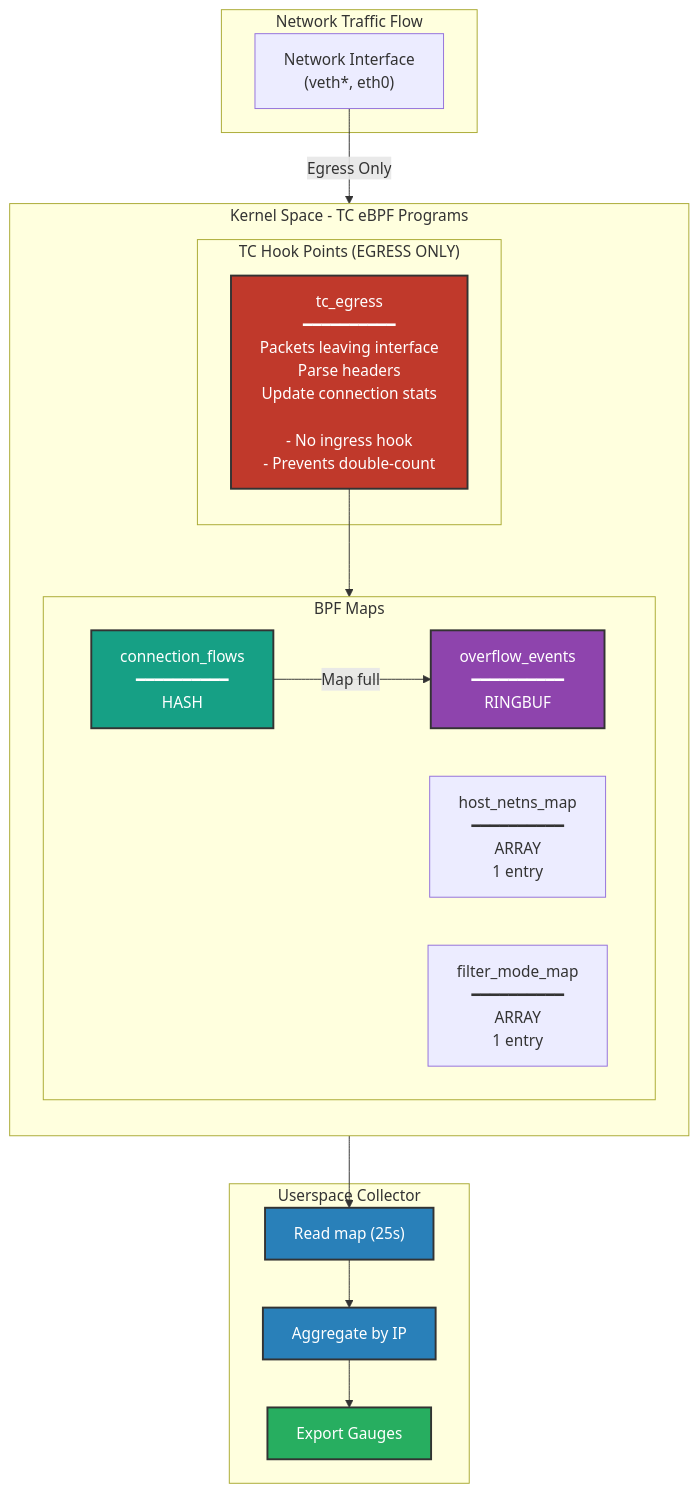
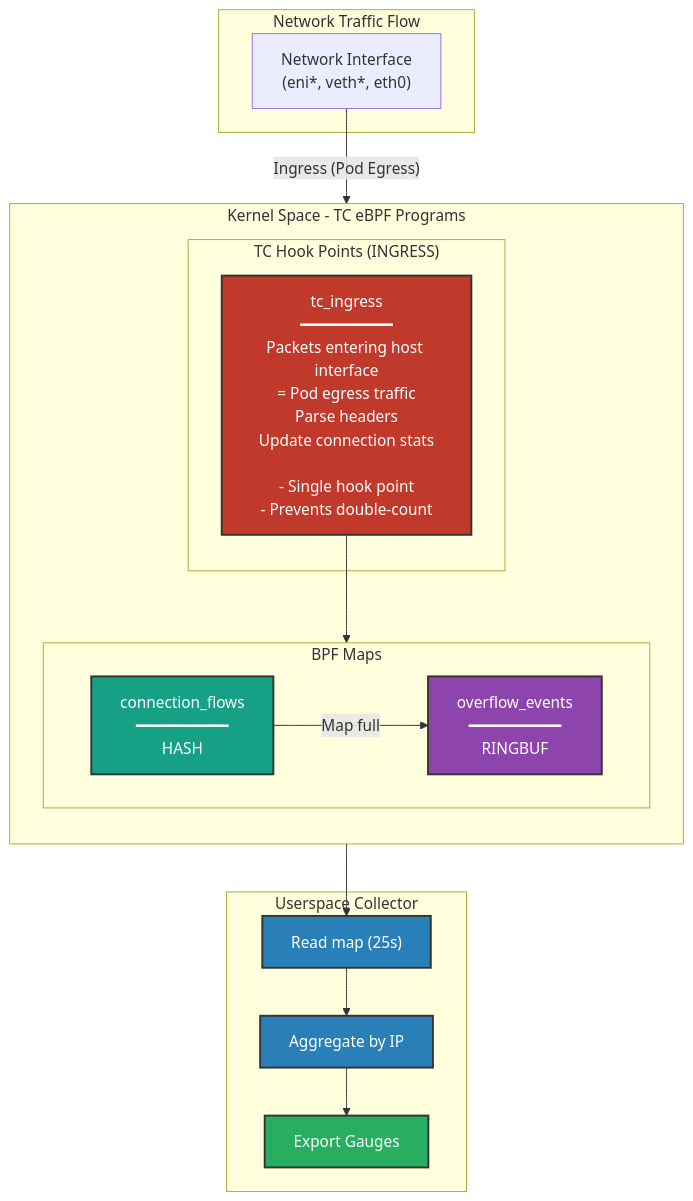
Before and after one commit to kubeadapt/kubeadapt-k8s-pulse: the second of 2 diagrams in docs/ARCHITECTURE.md, drawn with Mermaid. The commit also changed other lines of this file and 24 other files, not shown here.

First line of the commit message:
feat: remove netns filter mode (#17)

````diff
--- a/docs/ARCHITECTURE.md
+++ b/docs/ARCHITECTURE.md
@@ -53,48 +53,44 @@
 ```mermaid
 graph TB
     subgraph "Network Traffic Flow"
-        NET_IF["Network Interface<br/>(veth*, eth0)"]
+        NET_IF["Network Interface<br/>(eni*, veth*, eth0)"]
     end
 
     subgraph "Kernel Space - TC eBPF Programs"
         direction TB
 
-        subgraph "TC Hook Points (EGRESS ONLY)"
-            TC_OUT["tc_egress<br/>━━━━━━━━━━<br/>Packets leaving interface<br/>Parse headers<br/>Update connection stats<br/><br/>- No ingress hook<br/>- Prevents double-count"]
+        subgraph "TC Hook Points (INGRESS)"
+            TC_IN["tc_ingress<br/>━━━━━━━━━━<br/>Packets entering host interface<br/>= Pod egress traffic<br/>Parse headers<br/>Update connection stats<br/><br/>- Single hook point<br/>- Prevents double-count"]
         end
 
         subgraph "BPF Maps"
             direction LR
             CONN_MAP["connection_flows<br/>━━━━━━━━━━<br/>HASH"]
 
             OVERFLOW["overflow_events<br/>━━━━━━━━━━<br/>RINGBUF"]
-
-            NETNS["host_netns_map<br/>━━━━━━━━━━<br/>ARRAY<br/>1 entry"]
-
-            FILTER["filter_mode_map<br/>━━━━━━━━━━<br/>ARRAY<br/>1 entry"]
         end
     end
 
     subgraph "Userspace Collector"
         READ["Read map (25s)"]
         AGG["Aggregate by IP"]
         EXPORT["Export Gauges"]
     end
 
-    NET_IF -->|"Egress Only"| TC_OUT
+    NET_IF -->|"Ingress (Pod Egress)"| TC_IN
 
-    TC_OUT --> CONN_MAP
+    TC_IN --> CONN_MAP
 
     CONN_MAP -->|"Map full"| OVERFLOW
 
     CONN_MAP --> READ
     READ --> AGG
     AGG --> EXPORT
 
-    style TC_OUT fill:#c0392b,stroke:#333,stroke-width:2px,color:#fff
+    style TC_IN fill:#c0392b,stroke:#333,stroke-width:2px,color:#fff
     style CONN_MAP fill:#16a085,stroke:#333,stroke-width:2px,color:#fff
     style OVERFLOW fill:#8e44ad,stroke:#333,stroke-width:2px,color:#fff
     style READ fill:#2980b9,stroke:#333,stroke-width:2px,color:#fff
     style AGG fill:#2980b9,stroke:#333,stroke-width:2px,color:#fff
     style EXPORT fill:#27ae60,stroke:#333,stroke-width:2px,color:#fff
 ```
````
